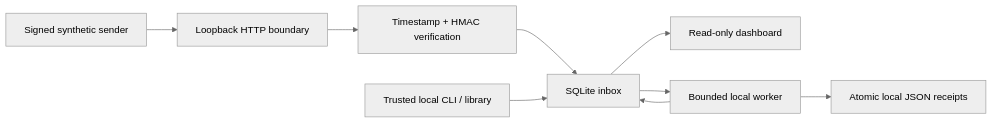
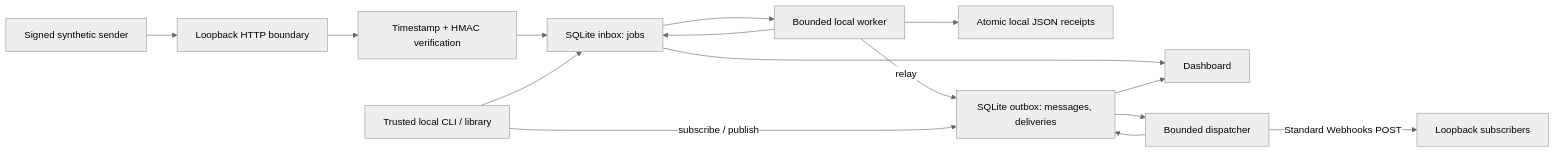
One commit to ult666666/relaybox changed the first of 2 diagrams in docs/ARCHITECTURE.md. Above: the diagram before and after it, drawn with Mermaid (neutral theme). The commit also changed other lines of this file and 37 other files, not shown here.

````diff
--- a/docs/ARCHITECTURE.md
+++ b/docs/ARCHITECTURE.md
@@ -5,11 +5,17 @@
 ```mermaid
 flowchart LR
   Sender[Signed synthetic sender] --> Boundary[Loopback HTTP boundary]
   Boundary --> Auth[Timestamp + HMAC verification]
-  Auth --> Inbox[SQLite inbox]
+  Auth --> Inbox[SQLite inbox: jobs]
   Operator[Trusted local CLI / library] --> Inbox
-  Inbox --> Dashboard[Read-only dashboard]
+  Inbox --> Dashboard[Dashboard]
   Inbox --> Worker[Bounded local worker]
   Worker --> Receipts[Atomic local JSON receipts]
   Worker --> Inbox
+  Worker -- relay --> Outbox[SQLite outbox: messages, deliveries]
+  Operator -- subscribe / publish --> Outbox
+  Outbox --> Dispatcher[Bounded dispatcher]
+  Dispatcher -- Standard Webhooks POST --> Receivers[Loopback subscribers]
+  Dispatcher --> Outbox
+  Outbox --> Dashboard
 ```
````
